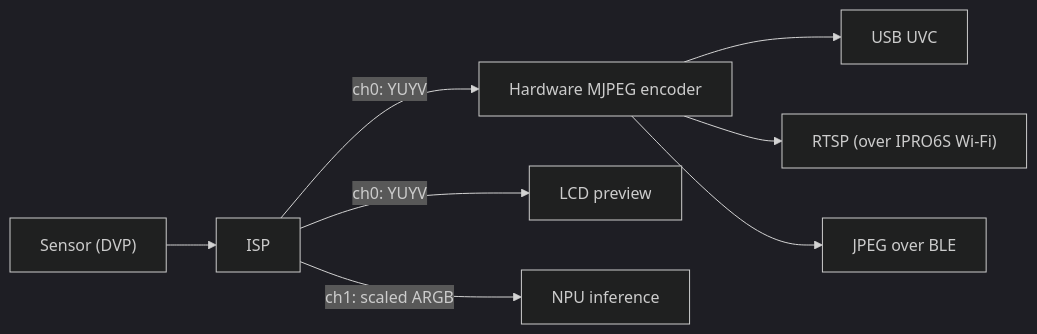
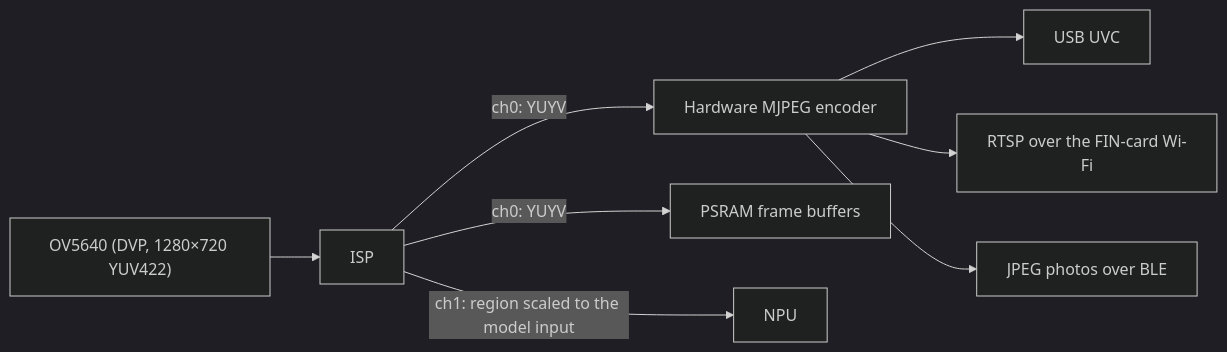
Before and after one commit to INTELPRO-INC/ipro-sdk-docs: the diagram in docs/en/guides/camera.md, drawn with Mermaid (dark theme). The commit also changed other lines of this file and 182 other files, not shown here.

````diff
--- a/docs/en/guides/camera.md
+++ b/docs/en/guides/camera.md
@@ -20,10 +20,10 @@
 ```mermaid
 flowchart LR
-  S["Sensor (DVP)"] --> ISP["ISP"]
+  S["OV5640 (DVP, 1280×720 YUV422)"] --> ISP["ISP"]
   ISP -->|"ch0: YUYV"| J["Hardware MJPEG encoder"]
-  ISP -->|"ch0: YUYV"| L["LCD preview"]
-  ISP -->|"ch1: scaled ARGB"| N["NPU inference"]
+  ISP -->|"ch0: YUYV"| P["PSRAM frame buffers"]
+  ISP -->|"ch1: region scaled to the model input"| N["NPU"]
   J --> U["USB UVC"]
-  J --> R["RTSP (over IPRO6S Wi-Fi)"]
-  J --> B["JPEG over BLE"]
+  J --> R["RTSP over the FIN-card Wi-Fi"]
+  J --> B["JPEG photos over BLE"]
 ```
````
